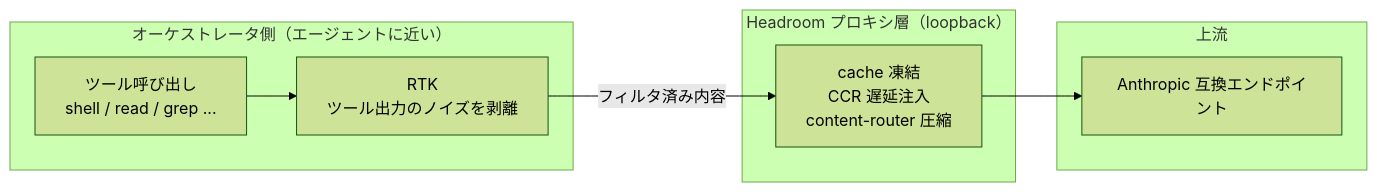
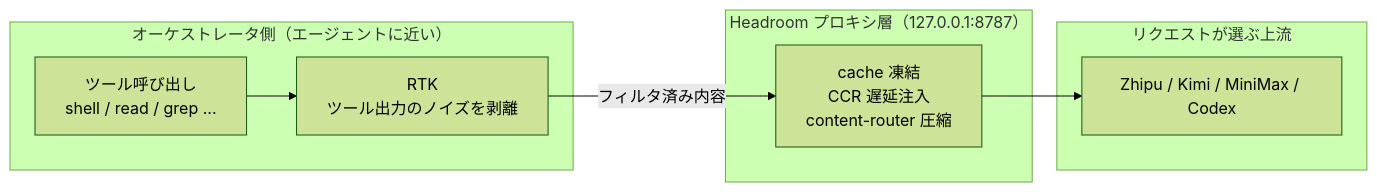
The fourth of 6 diagrams in src/content/note/ja/omp-config-and-rules-guide.md (DavidHLP/DavidHLP.github.io), drawn with Mermaid (forest theme) before and after one commit. The commit also changed other lines of this file and 11 other files, not shown here.

````diff
--- a/src/content/note/ja/omp-config-and-rules-guide.md
+++ b/src/content/note/ja/omp-config-and-rules-guide.md
@@ -356,16 +442,16 @@
 ```mermaid
 flowchart LR
   subgraph Edge["オーケストレータ側（エージェントに近い）"]
     T["ツール呼び出し<br/>shell / read / grep ..."]
     R["RTK<br/>ツール出力のノイズを剥離"]
   end
-  subgraph Proxy["Headroom プロキシ層（loopback）"]
+  subgraph Proxy["Headroom プロキシ層（127.0.0.1:8787）"]
     H["cache 凍結<br/>CCR 遅延注入<br/>content-router 圧縮"]
   end
-  subgraph Up["上流"]
-    U["Anthropic 互換エンドポイント"]
+  subgraph Up["リクエストが選ぶ上流"]
+    U["Zhipu / Kimi / MiniMax / Codex"]
   end
   T --> R
   R -->|"フィルタ済み内容"| H
   H --> U
 ```
````
